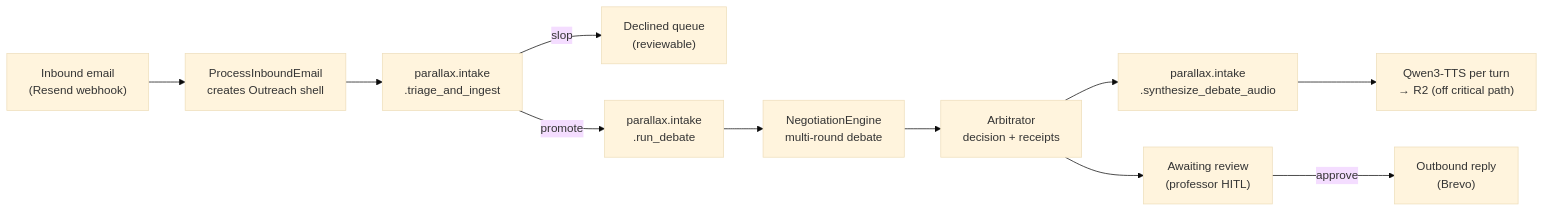
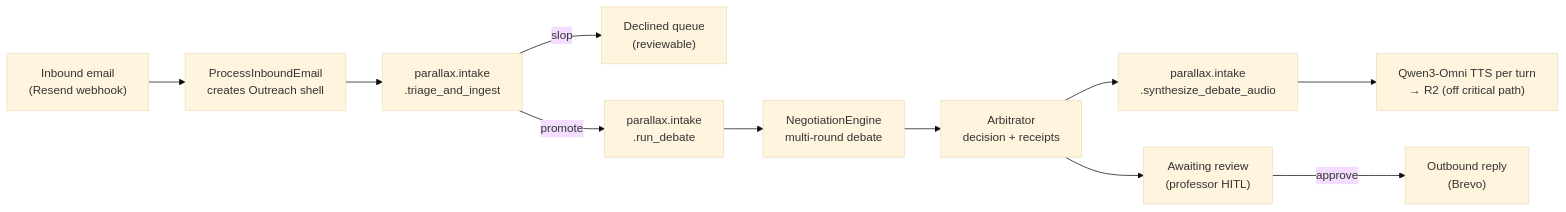
Before and after one commit to olamideba/parallax: the third of 3 diagrams in README.md, drawn with Mermaid (base theme). The commit also changed other lines of this file, not shown here.

````diff
--- a/README.md
+++ b/README.md
@@ -115,13 +115,13 @@
 ```mermaid
 flowchart LR
     EMAIL["Inbound email<br/>(Resend webhook)"] --> SHELL["ProcessInboundEmail<br/>creates Outreach shell"]
     SHELL --> T1["parallax.intake<br/>.triage_and_ingest"]
     T1 -->|"slop"| DECLINE["Declined queue<br/>(reviewable)"]
     T1 -->|"promote"| T2["parallax.intake<br/>.run_debate"]
     T2 --> DEBATE["NegotiationEngine<br/>multi-round debate"]
     DEBATE --> ARB["Arbitrator<br/>decision + receipts"]
     ARB --> T3["parallax.intake<br/>.synthesize_debate_audio"]
-    T3 --> TTS["Qwen3-TTS per turn<br/>→ R2 (off critical path)"]
+    T3 --> TTS["Qwen3-Omni TTS per turn<br/>→ R2 (off critical path)"]
     ARB --> HITL["Awaiting review<br/>(professor HITL)"]
     HITL -->|"approve"| SEND["Outbound reply<br/>(Brevo)"]
 ```
````
